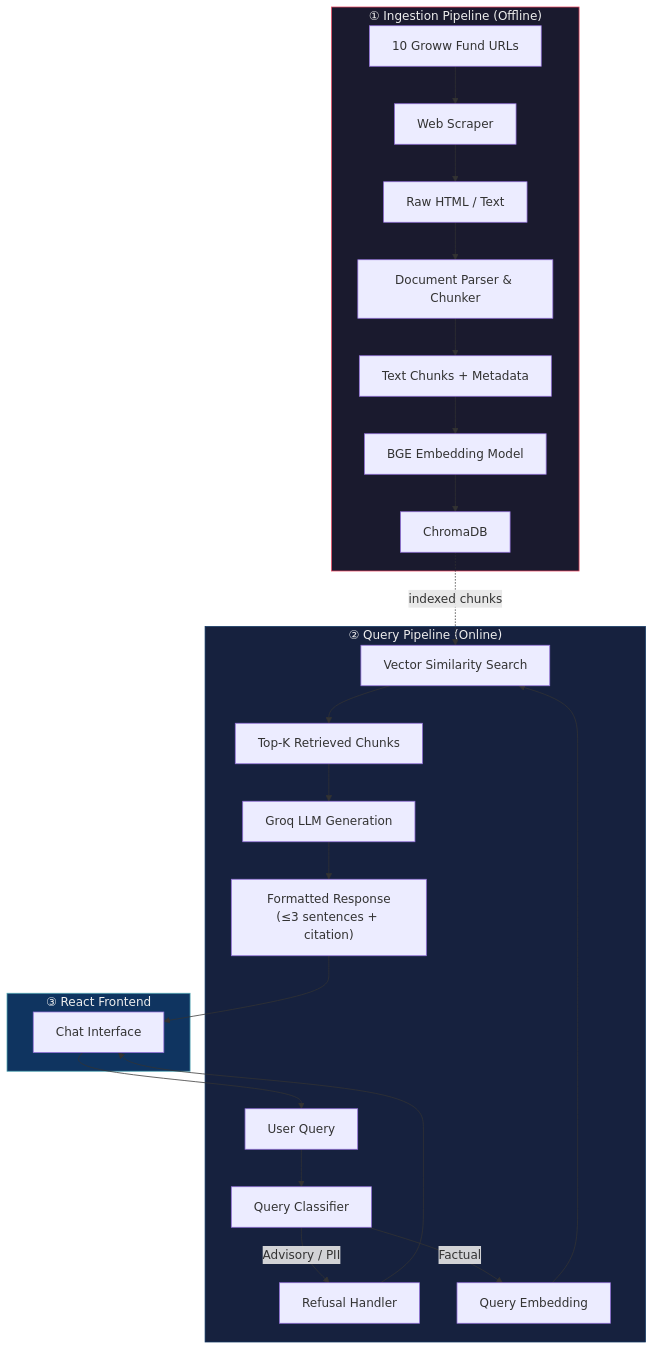
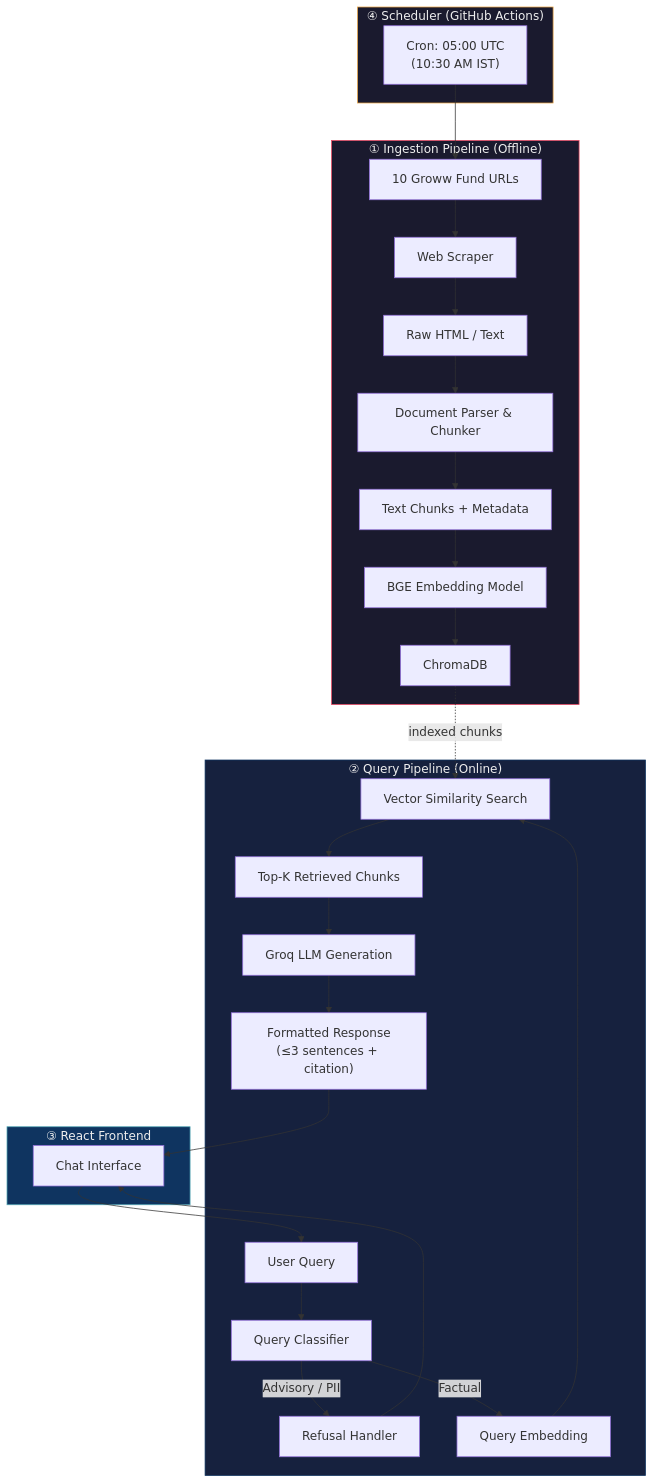
The first of 7 diagrams in docs/architecture.md (Pankaj-Shrivastava/zero-advice-fund-rag), drawn with Mermaid before and after one commit. The commit also changed other lines of this file and 5 other files, not shown here.

Commit message:
feat: implement automated daily ingestion pipeline via GitHub Actions and document system architecture

````diff
--- a/docs/architecture.md
+++ b/docs/architecture.md
@@ -10,32 +10,38 @@
 ```mermaid
 flowchart TB
     subgraph INGESTION["① Ingestion Pipeline (Offline)"]
         A["10 Groww Fund URLs"] --> B["Web Scraper"]
         B --> C["Raw HTML / Text"]
         C --> D["Document Parser & Chunker"]
         D --> E["Text Chunks + Metadata"]
         E --> F["BGE Embedding Model"]
         F --> G["ChromaDB"]
     end
 
     subgraph QUERY["② Query Pipeline (Online)"]
         H["User Query"] --> I["Query Classifier"]
         I -->|Advisory / PII| J["Refusal Handler"]
         I -->|Factual| K["Query Embedding"]
         K --> L["Vector Similarity Search"]
         G -.->|indexed chunks| L
         L --> M["Top-K Retrieved Chunks"]
         M --> N["Groq LLM Generation"]
         N --> O["Formatted Response\n(≤3 sentences + citation)"]
     end
 
     subgraph UI["③ React Frontend"]
         P["Chat Interface"] --> H
         O --> P
         J --> P
     end
 
+    subgraph SCHEDULER["④ Scheduler (GitHub Actions)"]
+        SC["Cron: 05:00 UTC
+(10:30 AM IST)"] --> A
+    end
+
     style INGESTION fill:#1a1a2e,stroke:#e94560,color:#eee
     style QUERY fill:#16213e,stroke:#0f3460,color:#eee
     style UI fill:#0f3460,stroke:#53a8b6,color:#eee
+    style SCHEDULER fill:#1a1a2e,stroke:#e9a545,color:#eee
 ```
````
